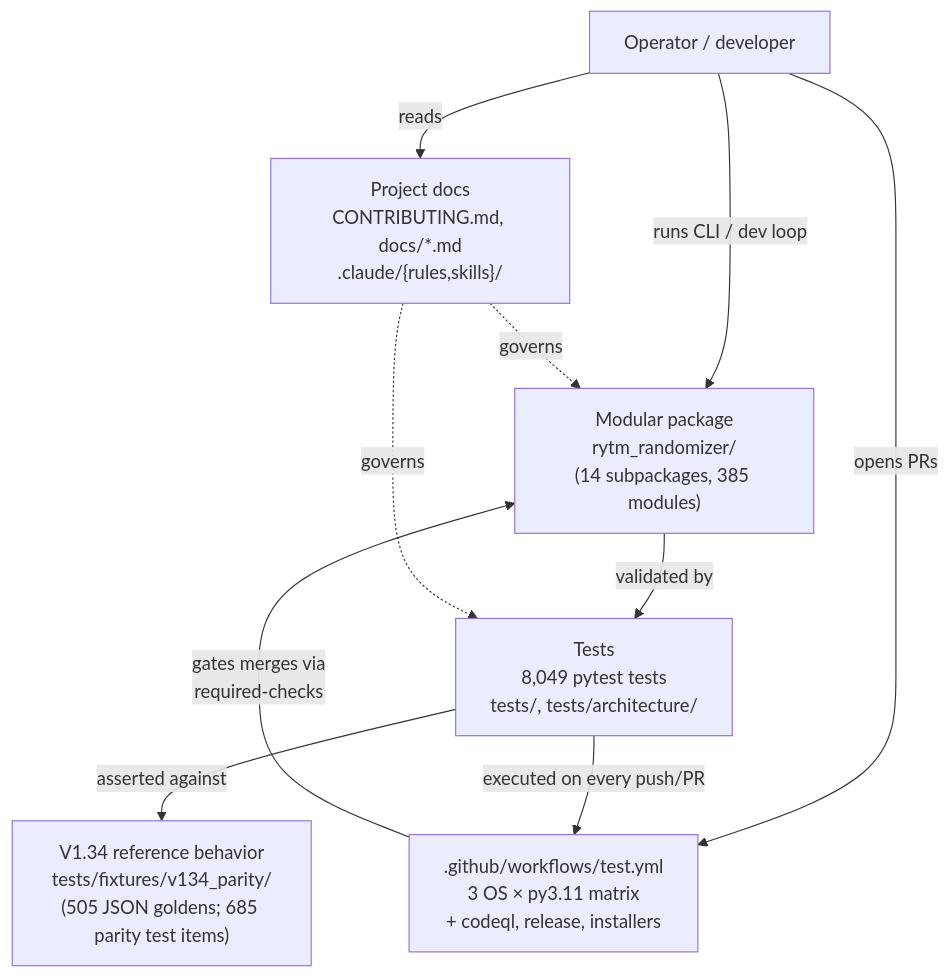
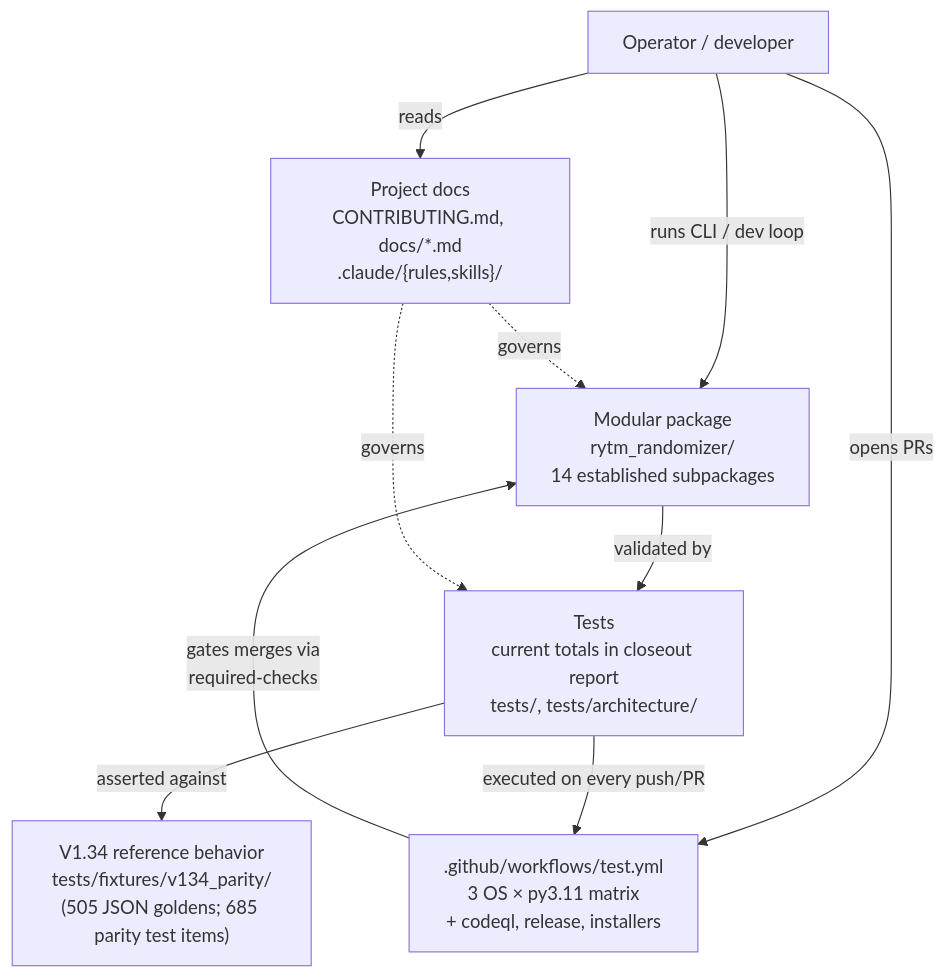
One commit to buzzijose-hub/RytmRandomizer changed the first of 35 diagrams in docs/ARCHITECTURE_DIAGRAMS.md. Above: the diagram before and after it, drawn with Mermaid. The commit also changed other lines of this file and 149 other files, not shown here.

````diff
--- a/docs/ARCHITECTURE_DIAGRAMS.md
+++ b/docs/ARCHITECTURE_DIAGRAMS.md
@@ -53,22 +54,22 @@
 ```mermaid
 flowchart TB
     User["Operator / developer"]
     V134["V1.34 reference behavior<br/>tests/fixtures/v134_parity/<br/>(505 JSON goldens; 685 parity test items)"]
-    Package["Modular package<br/>rytm_randomizer/<br/>(14 subpackages, 385 modules)"]
-    Tests["Tests<br/>8,049 pytest tests<br/>tests/, tests/architecture/"]
+    Package["Modular package<br/>rytm_randomizer/<br/>14 established subpackages"]
+    Tests["Tests<br/>current totals in closeout report<br/>tests/, tests/architecture/"]
     CI[".github/workflows/test.yml<br/>3 OS × py3.11 matrix<br/>+ codeql, release, installers"]
     Docs["Project docs<br/>CONTRIBUTING.md, docs/*.md<br/>.claude/{rules,skills}/"]
 
     User -->|"runs CLI / dev loop"| Package
     User -->|"opens PRs"| CI
     User -->|"reads"| Docs
 
     Package -->|"validated by"| Tests
     Tests -->|"asserted against"| V134
     Tests -->|"executed on every push/PR"| CI
 
     CI -->|"gates merges via<br/>required-checks"| Package
 
     Docs -.->|"governs"| Package
     Docs -.->|"governs"| Tests
 ```
````
